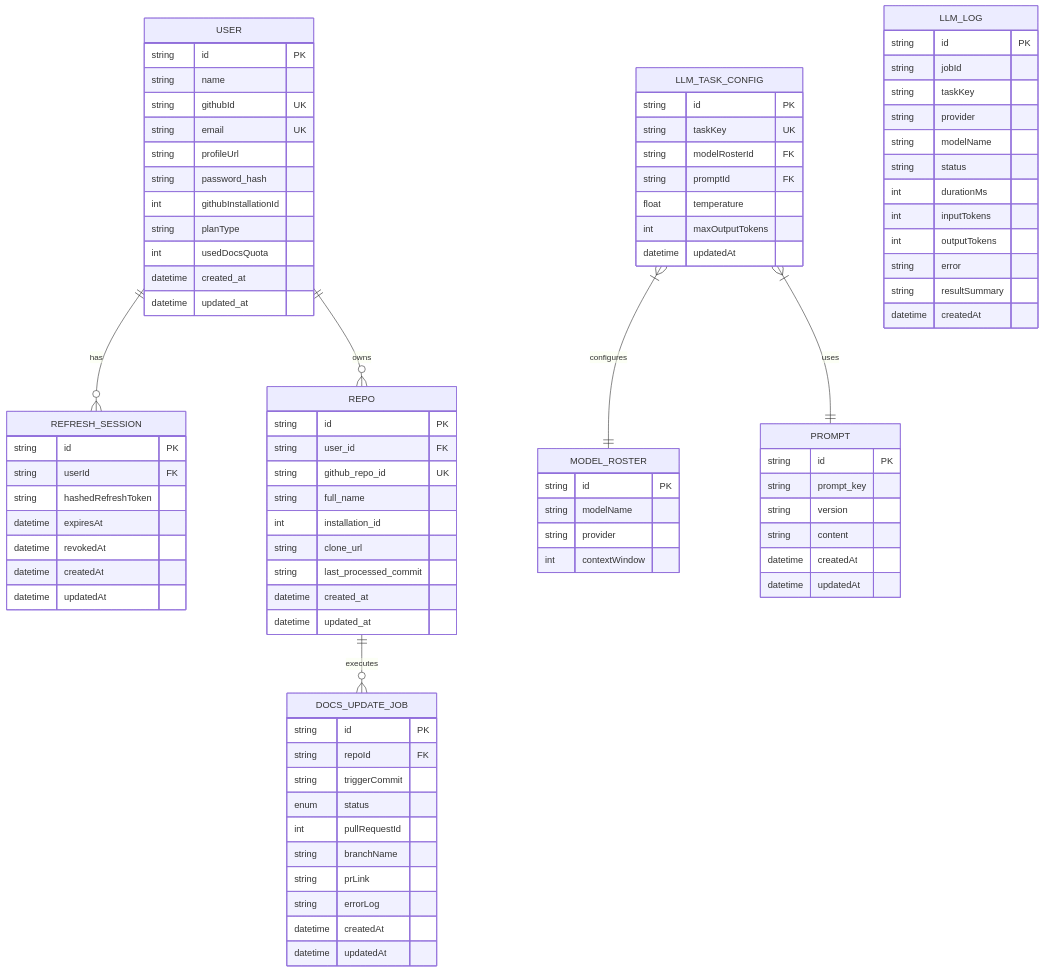
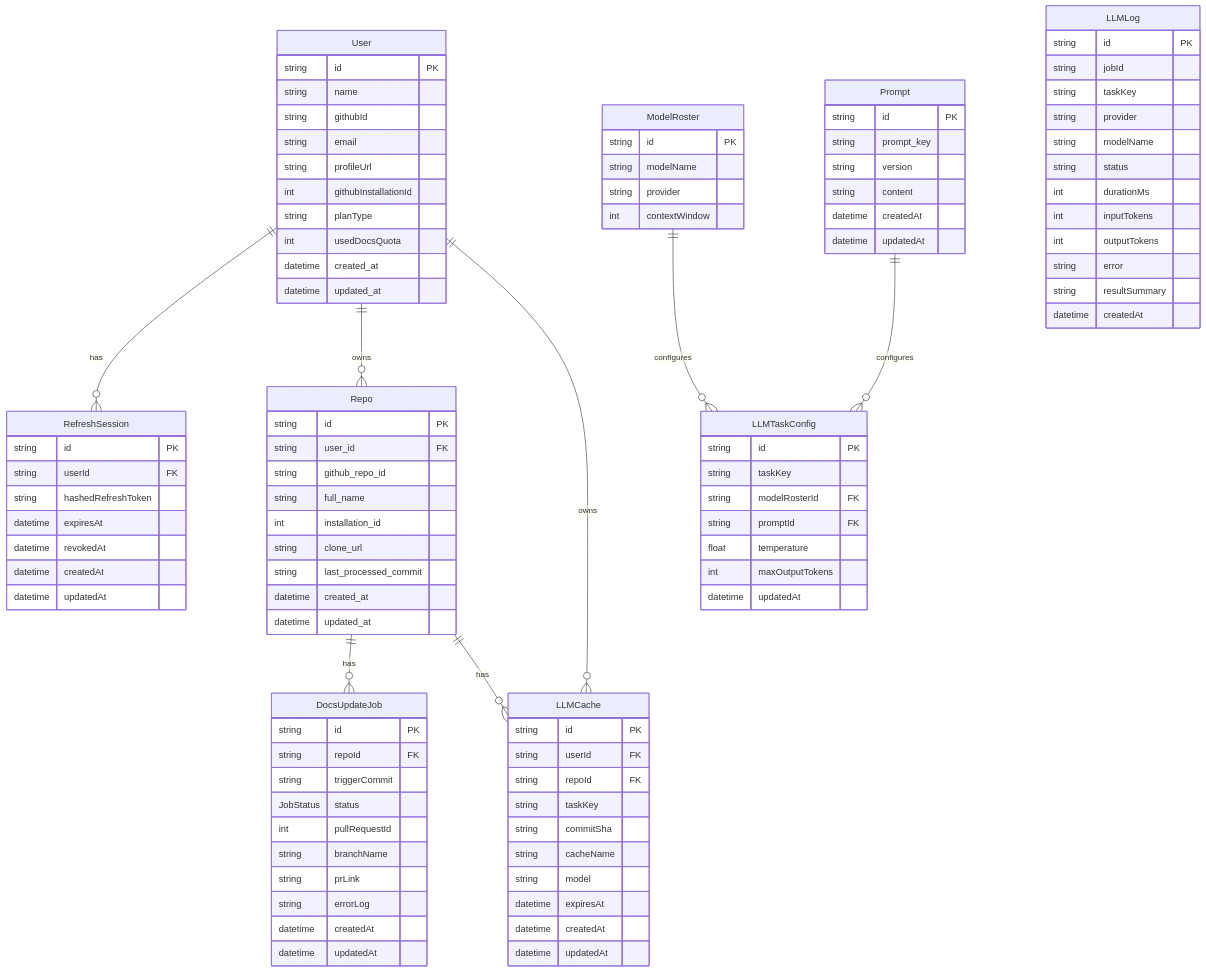
The second of 2 diagrams in ARCHITECTURE.md (abdul8704/AutoDocs), drawn with Mermaid before and after one commit. The commit also changed other lines of this file, not shown here.

Commit message:
docs: generate system architecture and technical documentation

````diff
--- a/ARCHITECTURE.md
+++ b/ARCHITECTURE.md
@@ -122,18 +97,19 @@
 ```mermaid
 erDiagram
-    USER ||--o{ REFRESH_SESSION : "has"
-    USER ||--o{ REPO : "owns"
-    REPO ||--o{ DOCS_UPDATE_JOB : "executes"
-    LLM_TASK_CONFIG }|--|| MODEL_ROSTER : "configures"
-    LLM_TASK_CONFIG }|--|| PROMPT : "uses"
+    User ||--o{ RefreshSession : "has"
+    User ||--o{ Repo : "owns"
+    User ||--o{ LLMCache : "owns"
+    Repo ||--o{ DocsUpdateJob : "has"
+    Repo ||--o{ LLMCache : "has"
+    ModelRoster ||--o{ LLMTaskConfig : "configures"
+    Prompt ||--o{ LLMTaskConfig : "configures"
 
-    USER {
+    User {
         string id PK
         string name
-        string githubId UK
-        string email UK
+        string githubId
+        string email
         string profileUrl
-        string password_hash
         int githubInstallationId
         string planType
         int usedDocsQuota
@@ -141,7 +117,7 @@
         datetime updated_at
     }
 
-    REFRESH_SESSION {
+    RefreshSession {
         string id PK
         string userId FK
         string hashedRefreshToken
@@ -151,10 +127,10 @@
         datetime updatedAt
     }
 
-    REPO {
+    Repo {
         string id PK
         string user_id FK
-        string github_repo_id UK
+        string github_repo_id
         string full_name
         int installation_id
         string clone_url
@@ -163,11 +139,37 @@
         datetime updated_at
     }
 
-    DOCS_UPDATE_JOB {
+    LLMTaskConfig {
+        string id PK
+        string taskKey
+        string modelRosterId FK
+        string promptId FK
+        float temperature
+        int maxOutputTokens
+        datetime updatedAt
+    }
+
+    Prompt {
+        string id PK
+        string prompt_key
+        string version
+        string content
+        datetime createdAt
+        datetime updatedAt
+    }
+
+    ModelRoster {
+        string id PK
+        string modelName
+        string provider
+        int contextWindow
+    }
+
+    DocsUpdateJob {
         string id PK
         string repoId FK
         string triggerCommit
-        enum status
+        JobStatus status
         int pullRequestId
         string branchName
         string prLink
@@ -176,33 +178,7 @@
         datetime updatedAt
     }
 
-    LLM_TASK_CONFIG {
-        string id PK
-        string taskKey UK
-        string modelRosterId FK
-        string promptId FK
-        float temperature
-        int maxOutputTokens
-        datetime updatedAt
-    }
-
-    PROMPT {
-        string id PK
-        string prompt_key
-        string version
-        string content
-        datetime createdAt
-        datetime updatedAt
-    }
-
-    MODEL_ROSTER {
-        string id PK
-        string modelName
-        string provider
-        int contextWindow
-    }
-
-    LLM_LOG {
+    LLMLog {
         string id PK
         string jobId
         string taskKey
@@ -216,4 +192,17 @@
         string resultSummary
         datetime createdAt
     }
+
+    LLMCache {
+        string id PK
+        string userId FK
+        string repoId FK
+        string taskKey
+        string commitSha
+        string cacheName
+        string model
+        datetime expiresAt
+        datetime createdAt
+        datetime updatedAt
+    }
 ```
````
